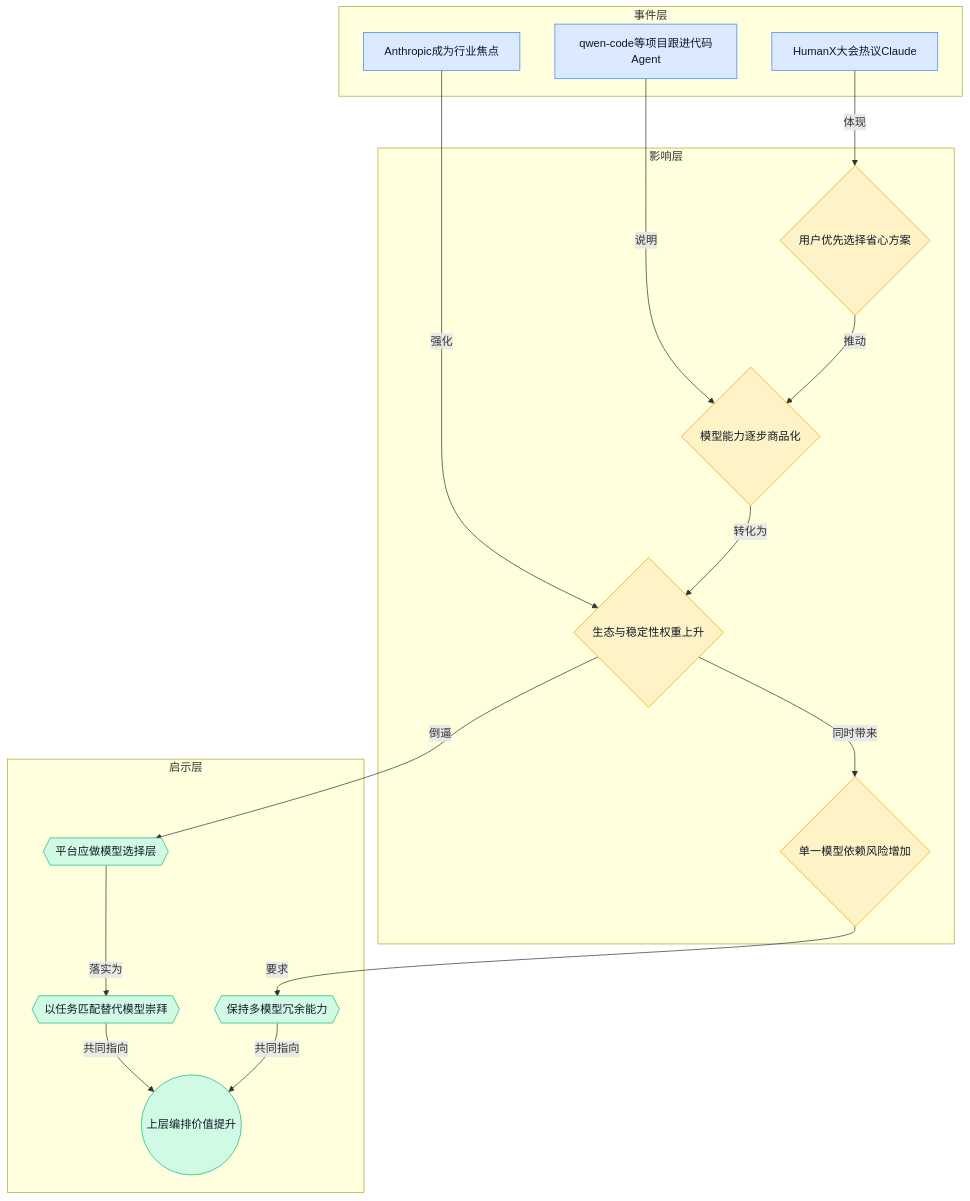
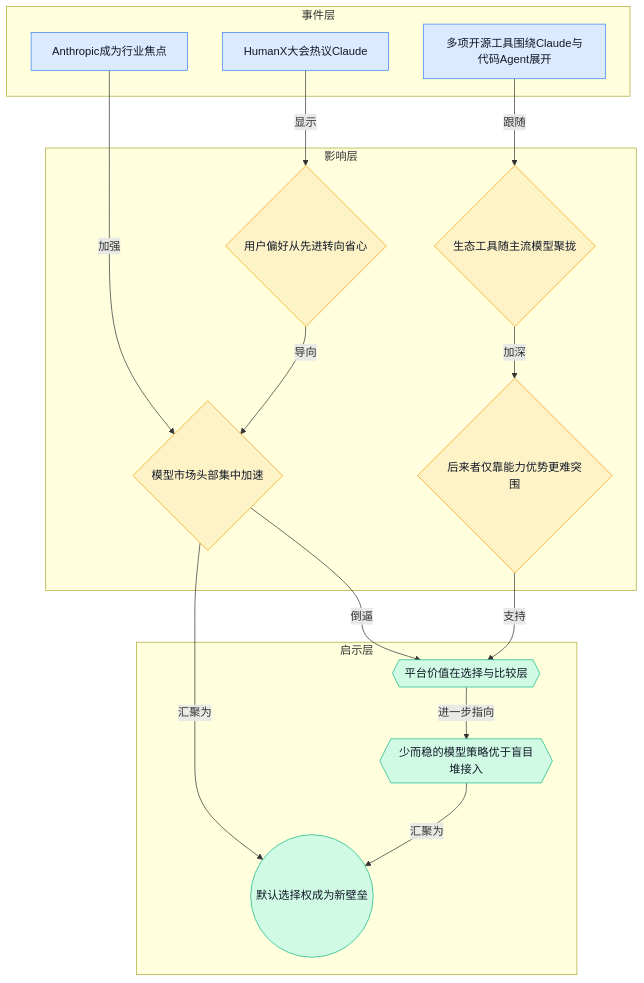
One commit to ylzsdafei/ai-daily-site changed the second of 4 diagrams in content/cn/blog/weekly/2026-W16.md. Above: the diagram before and after it, drawn with Mermaid. The commit also changed other lines of this file and 1 other file, not shown here.

Commit message:
feat: 周报大字报 + 增强 Mermaid 图谱（着色分层+思维导图）

````diff
--- a/content/cn/blog/weekly/2026-W16.md
+++ b/content/cn/blog/weekly/2026-W16.md
@@ -80,38 +73,36 @@
 ```mermaid
 graph TD
   classDef event fill:#dbeafe,stroke:#3b82f6,color:#111827;
   classDef impact fill:#fef3c7,stroke:#f59e0b,color:#111827;
   classDef insight fill:#d1fae5,stroke:#10b981,color:#111827;
 
   subgraph 事件层
     A[HumanX大会热议Claude]:::event
     B[Anthropic成为行业焦点]:::event
-    C[qwen-code等项目跟进代码Agent]:::event
+    C[多项开源工具围绕Claude与代码Agent展开]:::event
   end
 
   subgraph 影响层
-    D{用户优先选择省心方案}:::impact
-    E{模型能力逐步商品化}:::impact
-    F{生态与稳定性权重上升}:::impact
-    G{单一模型依赖风险增加}:::impact
+    D{用户偏好从先进转向省心}:::impact
+    E{模型市场头部集中加速}:::impact
+    F{生态工具随主流模型聚拢}:::impact
+    G{后来者仅靠能力优势更难突围}:::impact
   end
 
   subgraph 启示层
-    H{{平台应做模型选择层}}:::insight
-    I{{以任务匹配替代模型崇拜}}:::insight
-    J{{保持多模型冗余能力}}:::insight
-    K((上层编排价值提升)):::insight
+    H{{平台价值在选择与比较层}}:::insight
+    I{{少而稳的模型策略优于盲目堆接入}}:::insight
+    J((默认选择权成为新壁垒)):::insight
   end
 
-  A -->|体现| D
-  B -->|强化| F
-  C -->|说明| E
-  D -->|推动| E
-  E -->|转化为| F
-  F -->|同时带来| G
-  F -->|倒逼| H
-  H -->|落实为| I
-  G -->|要求| J
-  I -->|共同指向| K
-  J -->|共同指向| K
+  A -- 显示 --> D
+  B -- 加强 --> E
+  C -- 跟随 --> F
+  D -- 导向 --> E
+  F -- 加深 --> G
+  E -- 倒逼 --> H
+  G -- 支持 --> H
+  H -- 进一步指向 --> I
+  E -- 汇聚为 --> J
+  I -- 汇聚为 --> J
 ```
````
